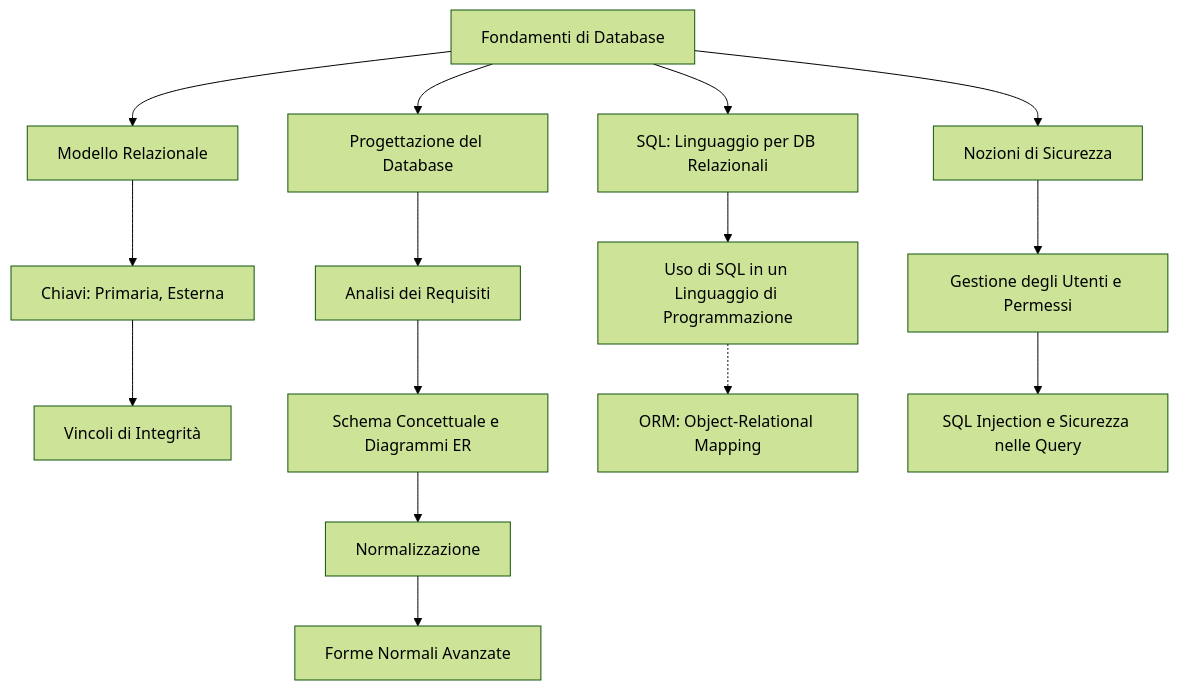
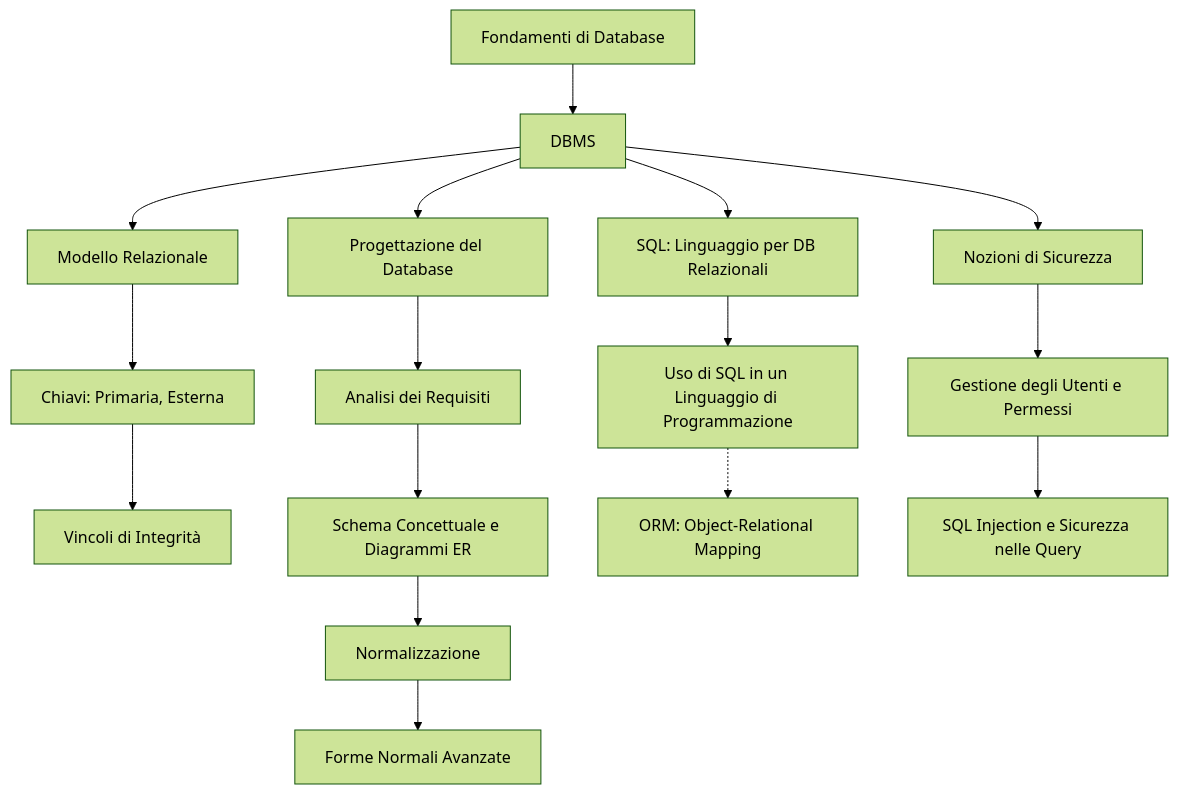
The diagram in db/percorso_db.md (angelogalantiscuola/IT), drawn with Mermaid (forest theme) before and after one commit. The commit also changed 3 other files, not shown here.

````diff
--- a/db/percorso_db.md
+++ b/db/percorso_db.md
@@ -3,21 +3,22 @@
 ```mermaid
 graph TD
     A[Fondamenti di Database]
-    A --> C[Modello Relazionale]
+    A --> B[DBMS]
+    B --> C[Modello Relazionale]
     C --> D[Chiavi: Primaria, Esterna]
     D --> M[Vincoli di Integrità]
 
-    A --> E[Progettazione del Database]
+    B --> E[Progettazione del Database]
     E --> X[Analisi dei Requisiti]
     X --> F[Schema Concettuale e Diagrammi ER]
     F --> G[Normalizzazione]
     G --> H[Forme Normali Avanzate]
 
-    A --> J[SQL: Linguaggio per DB Relazionali]
+    B --> J[SQL: Linguaggio per DB Relazionali]
     J --> Y[Uso di SQL in un Linguaggio di Programmazione]
     Y -.-> W[ORM: Object-Relational Mapping]
 
-    A --> T[Nozioni di Sicurezza]
+    B --> T[Nozioni di Sicurezza]
     T --> U[Gestione degli Utenti e Permessi]
     U --> V[SQL Injection e Sicurezza nelle Query]
 ```
````
